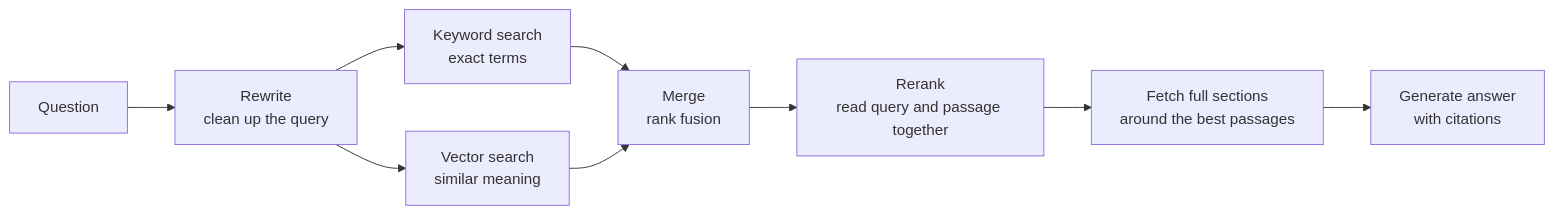
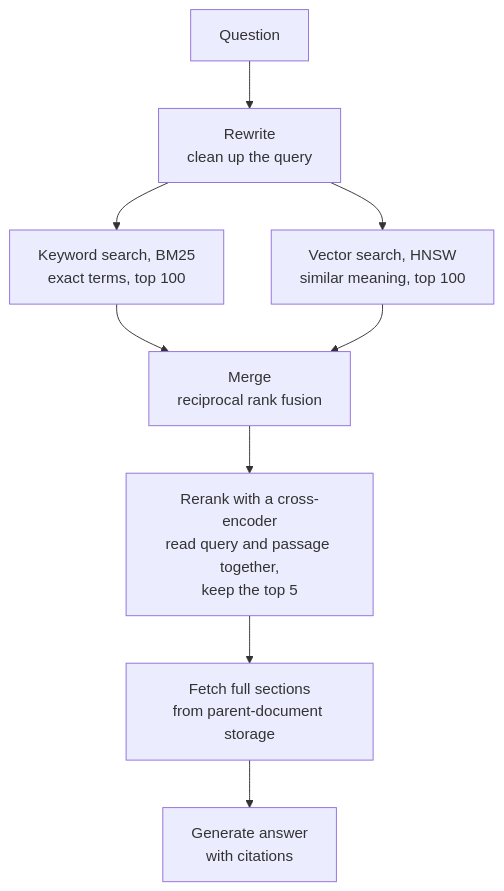
Before and after one commit to gopikrishtummala/gopikrishtummala.github.io: the diagram in src/data/blog/generative-ai/building-production-rag-opensearch.md, drawn with Mermaid. The commit also changed 15 other files, not shown here.

First line of the commit message:
Restore every diagram removed in the style.md cleanup

````diff
--- a/src/data/blog/generative-ai/building-production-rag-opensearch.md
+++ b/src/data/blog/generative-ai/building-production-rag-opensearch.md
@@ -38,11 +38,11 @@
 ```mermaid
-flowchart LR
+flowchart TB
   Q["Question"] --> RW["Rewrite<br/>clean up the query"]
-  RW --> K["Keyword search<br/>exact terms"]
-  RW --> V["Vector search<br/>similar meaning"]
-  K --> F["Merge<br/>rank fusion"]
+  RW --> K["Keyword search, BM25<br/>exact terms, top 100"]
+  RW --> V["Vector search, HNSW<br/>similar meaning, top 100"]
+  K --> F["Merge<br/>reciprocal rank fusion"]
   V --> F
-  F --> RR["Rerank<br/>read query and passage together"]
-  RR --> C["Fetch full sections<br/>around the best passages"]
+  F --> RR["Rerank with a cross-encoder<br/>read query and passage together,<br/>keep the top 5"]
+  RR --> C["Fetch full sections<br/>from parent-document storage"]
   C --> G["Generate answer<br/>with citations"]
 ```
````
